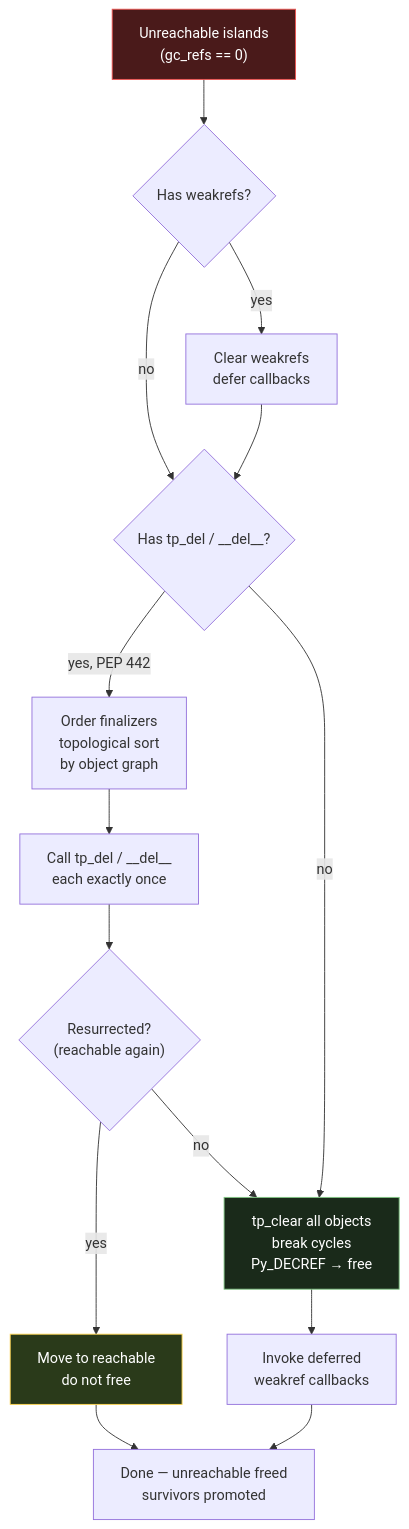
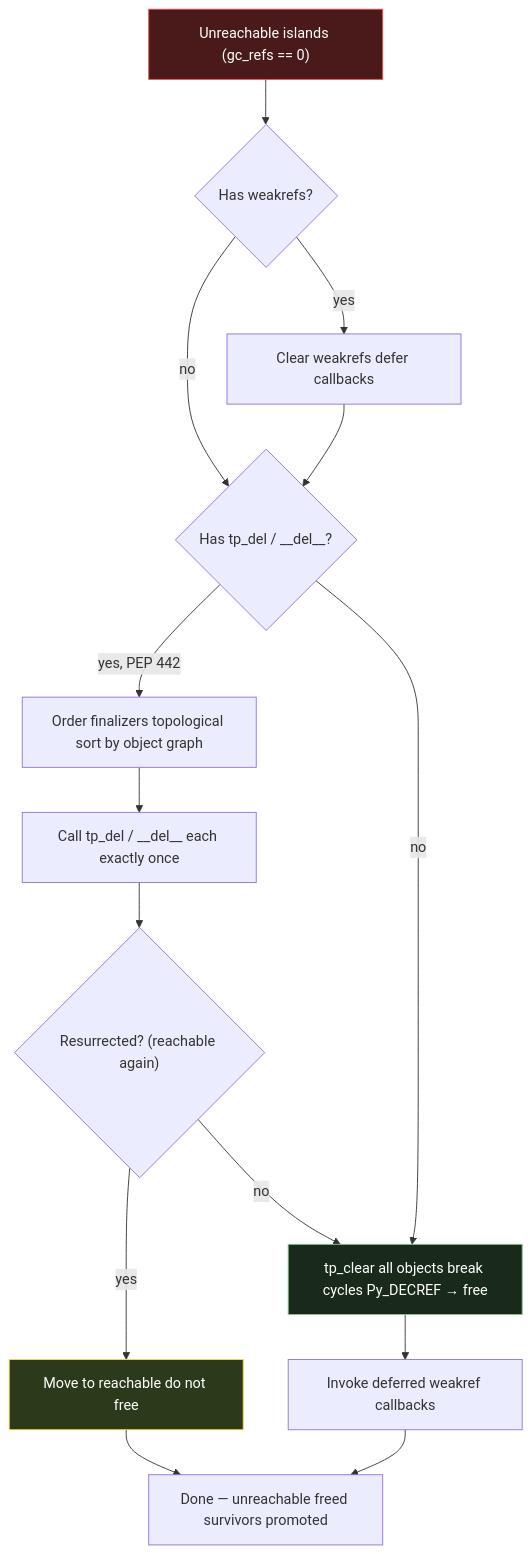
The sixth of 8 diagrams in vol-16-python-cpython-internals/ch04-memory-management.md (bumbsclaw/textbooks), drawn with Mermaid before and after one commit. The commit also changed other lines of this file and 9 other files, not shown here.

First line of the commit message:
fix(pdf, mermaid): syntax-highlighted code blocks + diagram label fixes

````diff
--- a/vol-16-python-cpython-internals/ch04-memory-management.md
+++ b/vol-16-python-cpython-internals/ch04-memory-management.md
@@ -832,22 +832,22 @@
 ```mermaid
 flowchart TB
-    UNREACHABLE["Unreachable islands<br/>(gc_refs == 0)"] --> WK{"Has weakrefs?"}
-    WK -->|yes| CLEAR_WK["Clear weakrefs<br/>defer callbacks"]
+    UNREACHABLE["Unreachable islands (gc_refs == 0)"] --> WK{"Has weakrefs?"}
+    WK -->|yes| CLEAR_WK["Clear weakrefs defer callbacks"]
     WK -->|no| FIN
     CLEAR_WK --> FIN{"Has tp_del / __del__?"}
 
-    FIN -->|yes, PEP 442| ORDER["Order finalizers<br/>topological sort<br/>by object graph"]
-    ORDER --> CALL_DEL["Call tp_del / __del__<br/>each exactly once"]
-    CALL_DEL --> RESURRECT{"Resurrected?<br/>(reachable again)"}
-    RESURRECT -->|yes| MOVE_REACHABLE["Move to reachable<br/>do not free"]
+    FIN -->|yes, PEP 442| ORDER["Order finalizers topological sort by object graph"]
+    ORDER --> CALL_DEL["Call tp_del / __del__ each exactly once"]
+    CALL_DEL --> RESURRECT{"Resurrected? (reachable again)"}
+    RESURRECT -->|yes| MOVE_REACHABLE["Move to reachable do not free"]
     RESURRECT -->|no| DEL
 
-    FIN -->|no| DEL["tp_clear all objects<br/>break cycles<br/>Py_DECREF → free"]
+    FIN -->|no| DEL["tp_clear all objects break cycles Py_DECREF → free"]
     MOVE_REACHABLE --> DONE
-    DEL --> CALLBACKS["Invoke deferred<br/>weakref callbacks"]
-    CALLBACKS --> DONE["Done — unreachable freed<br/>survivors promoted"]
+    DEL --> CALLBACKS["Invoke deferred weakref callbacks"]
+    CALLBACKS --> DONE["Done — unreachable freed survivors promoted"]
 
     style UNREACHABLE fill:#4a1a1a,stroke:#ef5350,color:#fff
     style DEL fill:#1a2a1a,stroke:#81c784,color:#fff
     style MOVE_REACHABLE fill:#2a3a1a,stroke:#ffd54f,color:#fff
 ```
````
